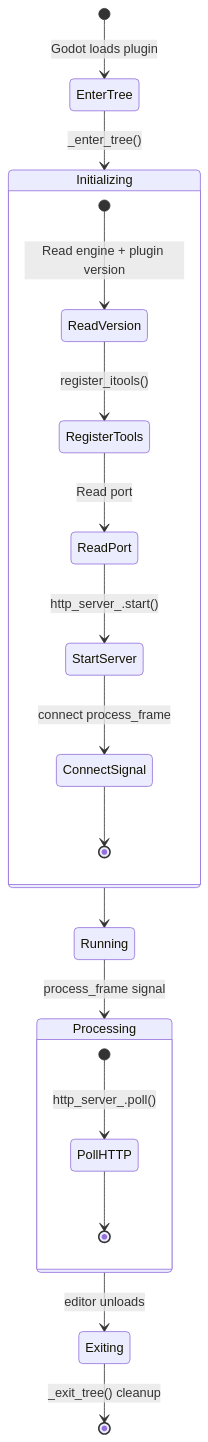
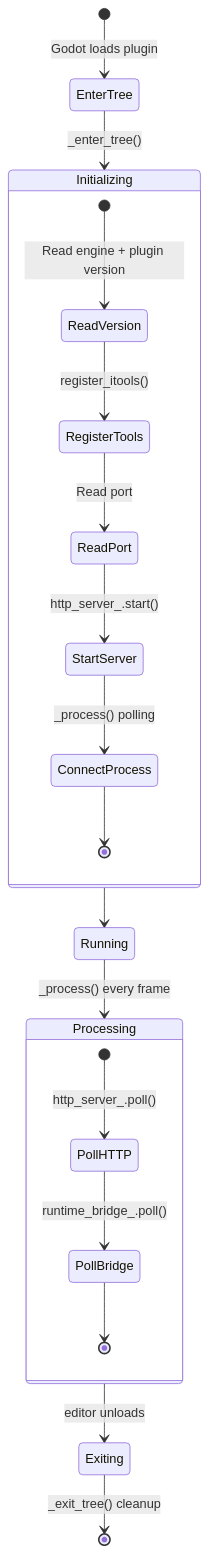
Before and after one commit to jesspig/GodotMCP-GDExtension: the third of 4 diagrams in docs/en/guide/architecture.md, drawn with Mermaid. The commit also changed other lines of this file and 18 other files, not shown here.

````diff
--- a/docs/en/guide/architecture.md
+++ b/docs/en/guide/architecture.md
@@ -74,25 +80,26 @@
 ```mermaid
 stateDiagram-v2
     [*] --> EnterTree: Godot loads plugin
     EnterTree --> Initializing: _enter_tree()
     
     state Initializing {
         [*] --> ReadVersion: Read engine + plugin version
         ReadVersion --> RegisterTools: register_itools()
         RegisterTools --> ReadPort: Read port
         ReadPort --> StartServer: http_server_.start()
-        StartServer --> ConnectSignal: connect process_frame
-        ConnectSignal --> [*]
+        StartServer --> ConnectProcess: _process() polling
+        ConnectProcess --> [*]
     }
     
     Initializing --> Running
-    Running --> Processing: process_frame signal
+    Running --> Processing: _process() every frame
     
     state Processing {
         [*] --> PollHTTP: http_server_.poll()
-        PollHTTP --> [*]
+        PollHTTP --> PollBridge: runtime_bridge_.poll()
+        PollBridge --> [*]
     }
     
     Processing --> Exiting: editor unloads
     Exiting --> [*]: _exit_tree() cleanup
 ```
````
